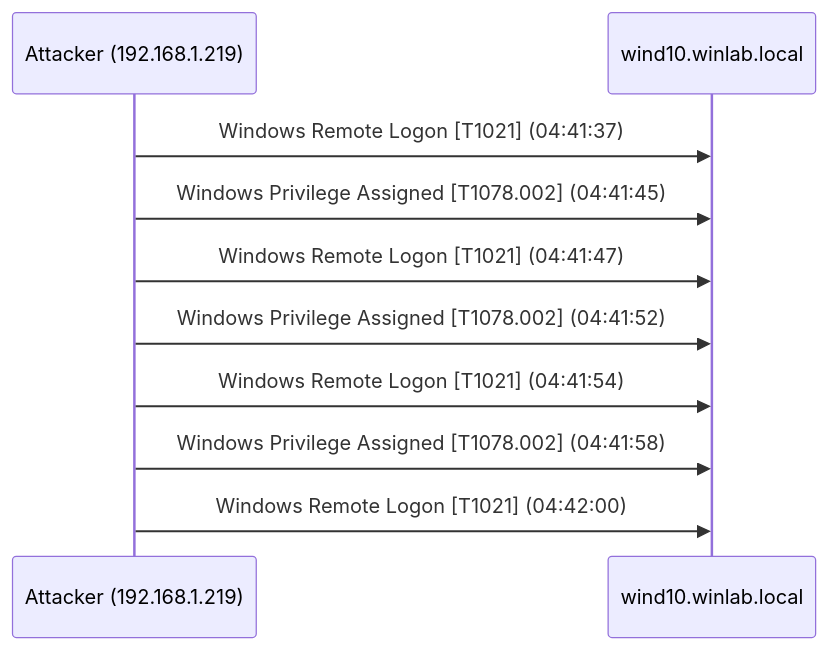
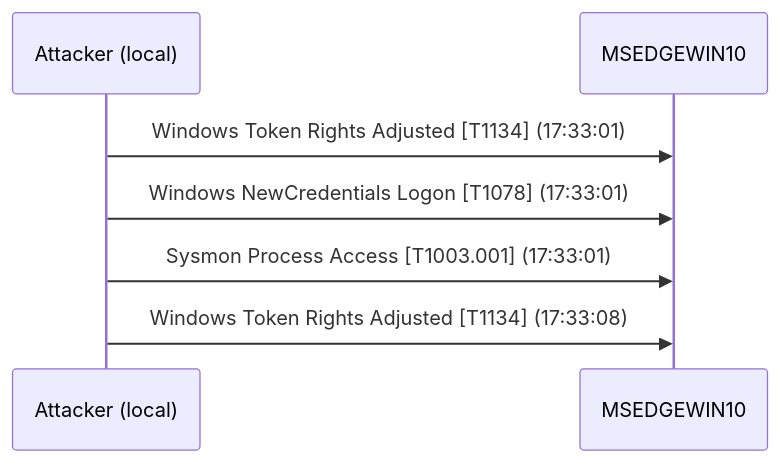
One commit to lironabraham/cyber-incident-storyteller changed the diagram in docs/sample-report.md. Above: the diagram before and after it, drawn with Mermaid. The commit also changed other lines of this file and 12 other files, not shown here.

````diff
--- a/docs/sample-report.md
+++ b/docs/sample-report.md
@@ -43,12 +48,9 @@
 ```mermaid
 sequenceDiagram
-    participant A as Attacker (192.168.1.219)
-    participant wind10_winla as wind10.winlab.local
-    A->>wind10_winla: Windows Remote Logon [T1021] (04:41:37)
-    A->>wind10_winla: Windows Privilege Assigned [T1078.002] (04:41:45)
-    A->>wind10_winla: Windows Remote Logon [T1021] (04:41:47)
-    A->>wind10_winla: Windows Privilege Assigned [T1078.002] (04:41:52)
-    A->>wind10_winla: Windows Remote Logon [T1021] (04:41:54)
-    A->>wind10_winla: Windows Privilege Assigned [T1078.002] (04:41:58)
-    A->>wind10_winla: Windows Remote Logon [T1021] (04:42:00)
+    participant A as Attacker (local)
+    participant MSEDGEWIN10 as MSEDGEWIN10
+    A->>MSEDGEWIN10: Windows Token Rights Adjusted [T1134] (17:33:01)
+    A->>MSEDGEWIN10: Windows NewCredentials Logon [T1078] (17:33:01)
+    A->>MSEDGEWIN10: Sysmon Process Access [T1003.001] (17:33:01)
+    A->>MSEDGEWIN10: Windows Token Rights Adjusted [T1134] (17:33:08)
 ```
````
